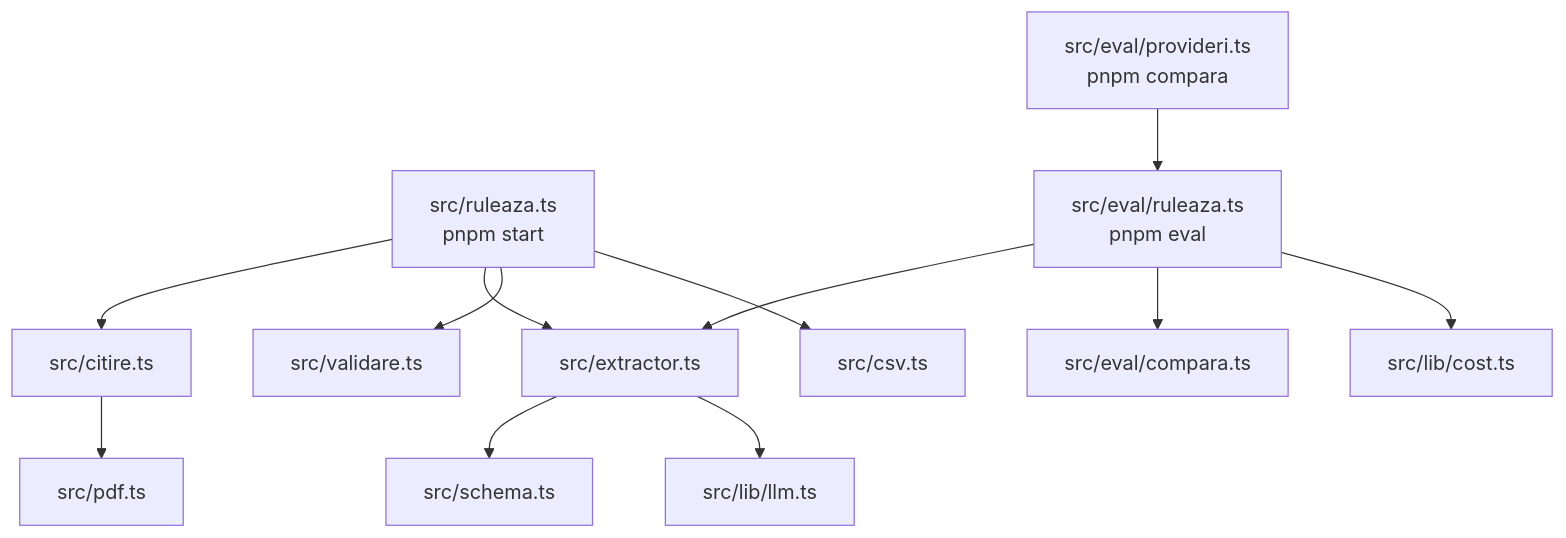
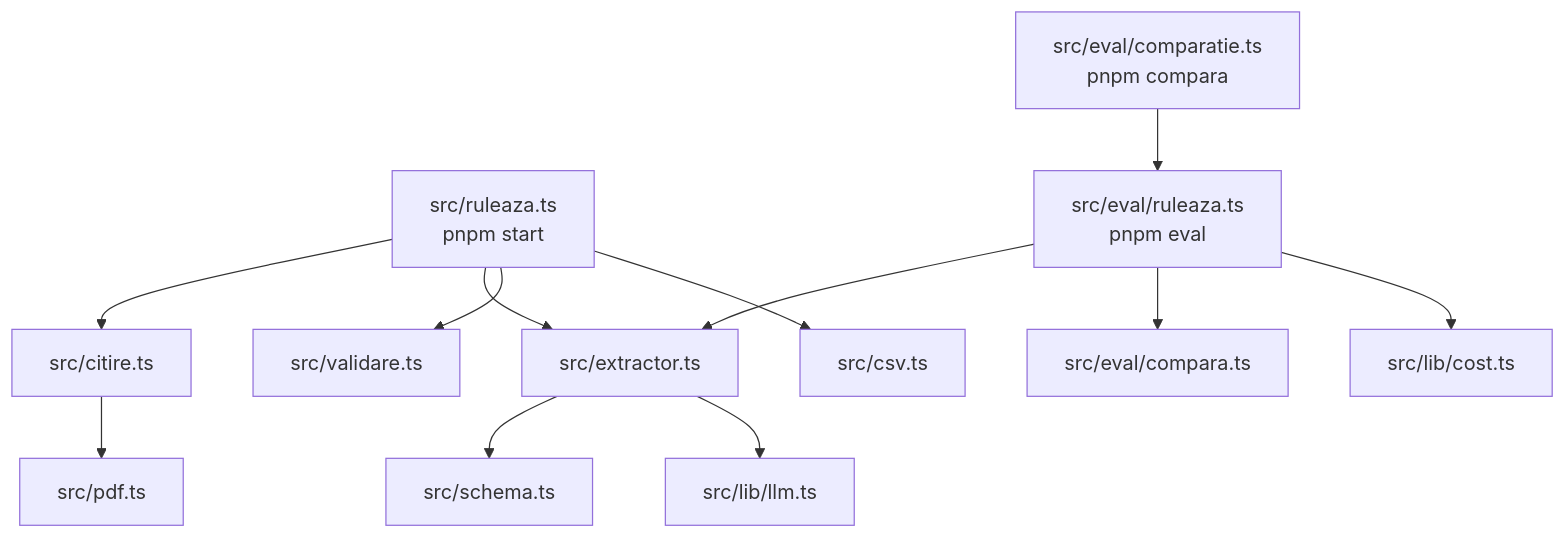
Before and after one commit to VirgilRadu/invoice-extractor: the third of 4 diagrams in docs/PLAN.md, drawn with Mermaid. The commit also changed other lines of this file and 22 other files, not shown here.

````diff
--- a/docs/PLAN.md
+++ b/docs/PLAN.md
@@ -78,14 +78,14 @@
 ```mermaid
 flowchart TD
     ruleaza[src/ruleaza.ts<br/>pnpm start] --> citire[src/citire.ts]
     ruleaza --> extractor[src/extractor.ts]
     ruleaza --> validare[src/validare.ts]
     ruleaza --> csv[src/csv.ts]
     citire --> pdf[src/pdf.ts]
     extractor --> schema[src/schema.ts]
     extractor --> llm[src/lib/llm.ts]
     evalr[src/eval/ruleaza.ts<br/>pnpm eval] --> extractor
     evalr --> compara[src/eval/compara.ts]
     evalr --> cost[src/lib/cost.ts]
-    comp[src/eval/provideri.ts<br/>pnpm compara] --> evalr
+    comp[src/eval/comparatie.ts<br/>pnpm compara] --> evalr
 ```
````
